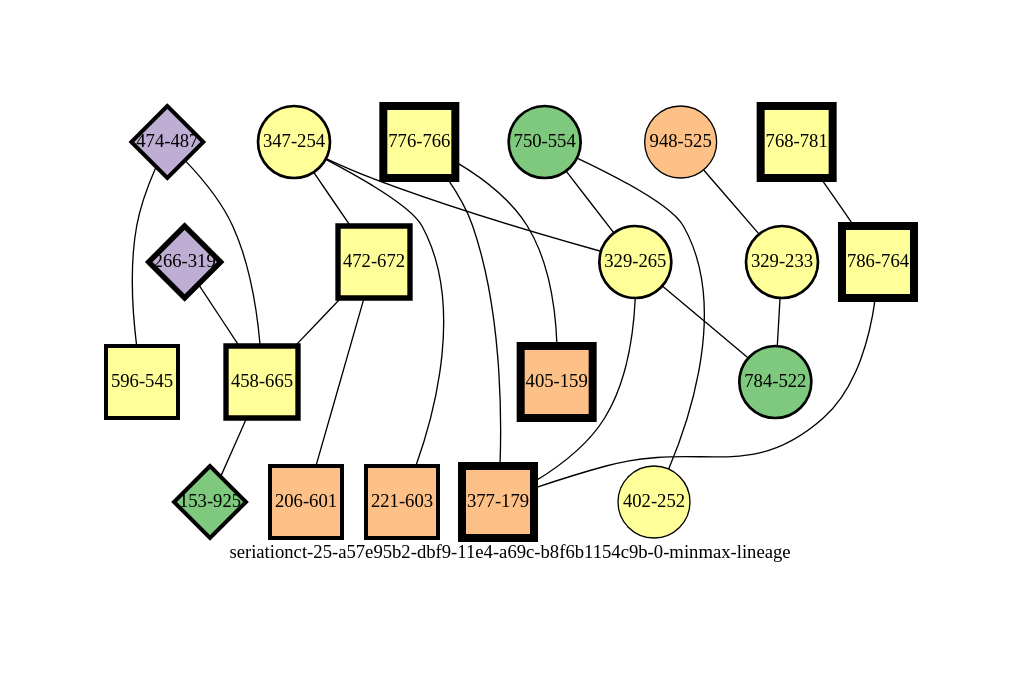
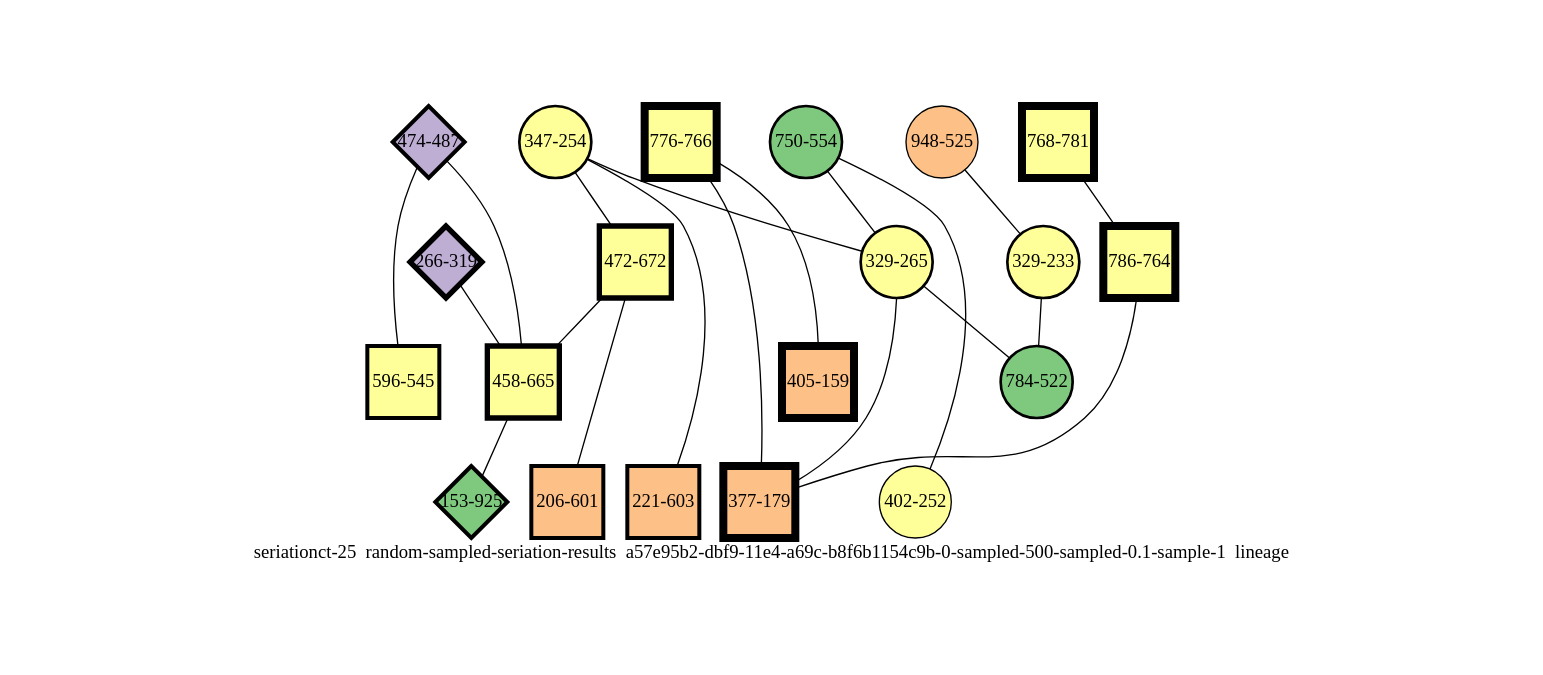
One commit to mmadsen/experiment-seriationct changed the diagram in experiments/seriationct-25/random-sampled-seriation-results/a57e95b2-dbf9-11e4-a69c-b8f6b1154c9b-0-sampled-500-sampled-0.1-sample-1/a57e95b2-dbf9-11e4-a69c-b8f6b1154c9b-0-sampled-500-sampled-0.1-sample-1-minmax-by-weight.png-lineage-annotated-chronological.dot. Above: the diagram before and after it, drawn with Graphviz. The commit also changed 1117 other files, not shown here.

```diff
--- a/experiments/seriationct-25/random-sampled-seriation-results/a57e95b2-dbf9-11e4-a69c-b8f6b1154c9b-0-sampled-500-sampled-0.1-sample-1/a57e95b2-dbf9-11e4-a69c-b8f6b1154c9b-0-sampled-500-sampled-0.1-sample-1-minmax-by-weight.png-lineage-annotated-chronological.dot
+++ b/experiments/seriationct-25/random-sampled-seriation-results/a57e95b2-dbf9-11e4-a69c-b8f6b1154c9b-0-sampled-500-sampled-0.1-sample-1/a57e95b2-dbf9-11e4-a69c-b8f6b1154c9b-0-sampled-500-sampled-0.1-sample-1-minmax-by-weight.png-lineage-annotated-chronological.dot
@@ -1,46 +1,46 @@
-strict graph "seriationct-25-a57e95b2-dbf9-11e4-a69c-b8f6b1154c9b-0-minmax-lineage" {
+strict graph "seriationct-25  random-sampled-seriation-results  a57e95b2-dbf9-11e4-a69c-b8f6b1154c9b-0-sampled-500-sampled-0.1-sample-1  lineage" {
 labelloc=b;
 ratio=auto;
 pad="1.0";
-label="seriationct-25-a57e95b2-dbf9-11e4-a69c-b8f6b1154c9b-0-minmax-lineage";
+label="seriationct-25  random-sampled-seriation-results  a57e95b2-dbf9-11e4-a69c-b8f6b1154c9b-0-sampled-500-sampled-0.1-sample-1  lineage";
 node [width="0.75", style=filled, fixedsize=true, height="0.75", shape=circle, label=""];
 0 [xCoordinate="487.0", appears_in_slice=3, yCoordinate="474.0", colorscheme=accent6, lineage_id=2, short_label="474-487", label="474-487", shape=diamond, cluster_id=1, fillcolor=2, size="500.0", id=0, penwidth="3.0"];
 1 [xCoordinate="781.0", appears_in_slice=6, yCoordinate="768.0", colorscheme=accent6, lineage_id=1, short_label="768-781", label="768-781", shape=square, cluster_id=3, fillcolor=4, size="500.0", id=1, penwidth="6.0"];
 2 [xCoordinate="254.0", appears_in_slice=2, yCoordinate="347.0", colorscheme=accent6, lineage_id=0, short_label="347-254", label="347-254", shape=circle, cluster_id=3, fillcolor=4, size="500.0", id=2, penwidth="2.0"];
 3 [xCoordinate="554.0", appears_in_slice=2, yCoordinate="750.0", colorscheme=accent6, lineage_id=0, short_label="750-554", label="750-554", shape=circle, cluster_id=0, fillcolor=1, size="500.0", id=16, penwidth="2.0"];
 4 [xCoordinate="766.0", appears_in_slice=6, yCoordinate="776.0", colorscheme=accent6, lineage_id=1, short_label="776-766", label="776-766", shape=square, cluster_id=3, fillcolor=4, size="500.0", id=4, penwidth="6.0"];
 5 [xCoordinate="265.0", appears_in_slice=2, yCoordinate="329.0", colorscheme=accent6, lineage_id=0, short_label="329-265", label="329-265", shape=circle, cluster_id=3, fillcolor=4, size="500.0", id=5, penwidth="2.0"];
 6 [xCoordinate="672.0", appears_in_slice=4, yCoordinate="472.0", colorscheme=accent6, lineage_id=1, short_label="472-672", label="472-672", shape=square, cluster_id=3, fillcolor=4, size="500.0", id=6, penwidth="4.0"];
 7 [xCoordinate="525.0", appears_in_slice=1, yCoordinate="948.0", colorscheme=accent6, lineage_id=0, short_label="948-525", label="948-525", shape=circle, cluster_id=2, fillcolor=3, size="500.0", id=15, penwidth="1.0"];
 8 [xCoordinate="319.0", appears_in_slice=4, yCoordinate="266.0", colorscheme=accent6, lineage_id=2, short_label="266-319", label="266-319", shape=diamond, cluster_id=1, fillcolor=2, size="500.0", id=8, penwidth="4.0"];
 9 [xCoordinate="233.0", appears_in_slice=2, yCoordinate="329.0", colorscheme=accent6, lineage_id=0, short_label="329-233", label="329-233", shape=circle, cluster_id=3, fillcolor=4, size="500.0", id=14, penwidth="2.0"];
 10 [xCoordinate="665.0", appears_in_slice=4, yCoordinate="458.0", colorscheme=accent6, lineage_id=1, short_label="458-665", label="458-665", shape=square, cluster_id=3, fillcolor=4, size="500.0", id=10, penwidth="4.0"];
 11 [xCoordinate="925.0", appears_in_slice=3, yCoordinate="153.0", colorscheme=accent6, lineage_id=2, short_label="153-925", label="153-925", shape=diamond, cluster_id=0, fillcolor=1, size="500.0", id=11, penwidth="3.0"];
 12 [xCoordinate="764.0", appears_in_slice=6, yCoordinate="786.0", colorscheme=accent6, lineage_id=1, short_label="786-764", label="786-764", shape=square, cluster_id=3, fillcolor=4, size="500.0", id=12, penwidth="6.0"];
 13 [xCoordinate="252.0", appears_in_slice=1, yCoordinate="402.0", colorscheme=accent6, lineage_id=0, short_label="402-252", label="402-252", shape=circle, cluster_id=3, fillcolor=4, size="500.0", id=13, penwidth="1.0"];
 14 [xCoordinate="601.0", appears_in_slice=3, yCoordinate="206.0", colorscheme=accent6, lineage_id=1, short_label="206-601", label="206-601", shape=square, cluster_id=2, fillcolor=3, size="500.0", id=19, penwidth="3.0"];
 15 [xCoordinate="545.0", appears_in_slice=3, yCoordinate="596.0", colorscheme=accent6, lineage_id=1, short_label="596-545", label="596-545", shape=square, cluster_id=3, fillcolor=4, size="500.0", id=18, penwidth="3.0"];
 16 [xCoordinate="179.0", appears_in_slice=6, yCoordinate="377.0", colorscheme=accent6, lineage_id=1, short_label="377-179", label="377-179", shape=square, cluster_id=2, fillcolor=3, size="500.0", id=9, penwidth="6.0"];
 17 [xCoordinate="522.0", appears_in_slice=2, yCoordinate="784.0", colorscheme=accent6, lineage_id=0, short_label="784-522", label="784-522", shape=circle, cluster_id=0, fillcolor=1, size="500.0", id=3, penwidth="2.0"];
 18 [xCoordinate="159.0", appears_in_slice=6, yCoordinate="405.0", colorscheme=accent6, lineage_id=1, short_label="405-159", label="405-159", shape=square, cluster_id=2, fillcolor=3, size="500.0", id=17, penwidth="6.0"];
 19 [xCoordinate="603.0", appears_in_slice=3, yCoordinate="221.0", colorscheme=accent6, lineage_id=1, short_label="221-603", label="221-603", shape=square, cluster_id=2, fillcolor=3, size="500.0", id=7, penwidth="3.0"];
 0 -- 10  [inverseweight="1.16261465254", weight="0.860130222699"];
 0 -- 15  [inverseweight="20.9795339574", weight="0.0476655011513"];
 1 -- 12  [inverseweight="27.9508497187", weight="0.03577708764"];
 2 -- 19  [inverseweight="2.14907212351", weight="0.465317096183"];
 2 -- 5  [inverseweight="2.4466337415", weight="0.408724846321"];
 2 -- 6  [inverseweight="2.38696797578", weight="0.418941523366"];
 3 -- 5  [inverseweight="3.25004387589", weight="0.307688153818"];
 3 -- 13  [inverseweight="3.26595148708", weight="0.306189483817"];
 4 -- 16  [inverseweight="2.40830350267", weight="0.415230056716"];
 4 -- 18  [inverseweight="12.7411797859", weight="0.0784856674814"];
 5 -- 16  [inverseweight="1.65952761432", weight="0.602581114872"];
 5 -- 17  [inverseweight="3.51190799708", weight="0.284745500403"];
 6 -- 10  [inverseweight="2.40936577168", weight="0.415046985292"];
 6 -- 14  [inverseweight="2.42638411311", weight="0.412135899917"];
 7 -- 9  [inverseweight="2.28776055216", weight="0.437108682138"];
 8 -- 10  [inverseweight="2.10303198175", weight="0.475503943201"];
 9 -- 17  [inverseweight="22.4055357474", weight="0.0446318272088"];
 10 -- 11  [inverseweight="2.42131460382", weight="0.412998789344"];
 12 -- 16  [inverseweight="1.28861699584", weight="0.776025772768"];
 }
```
